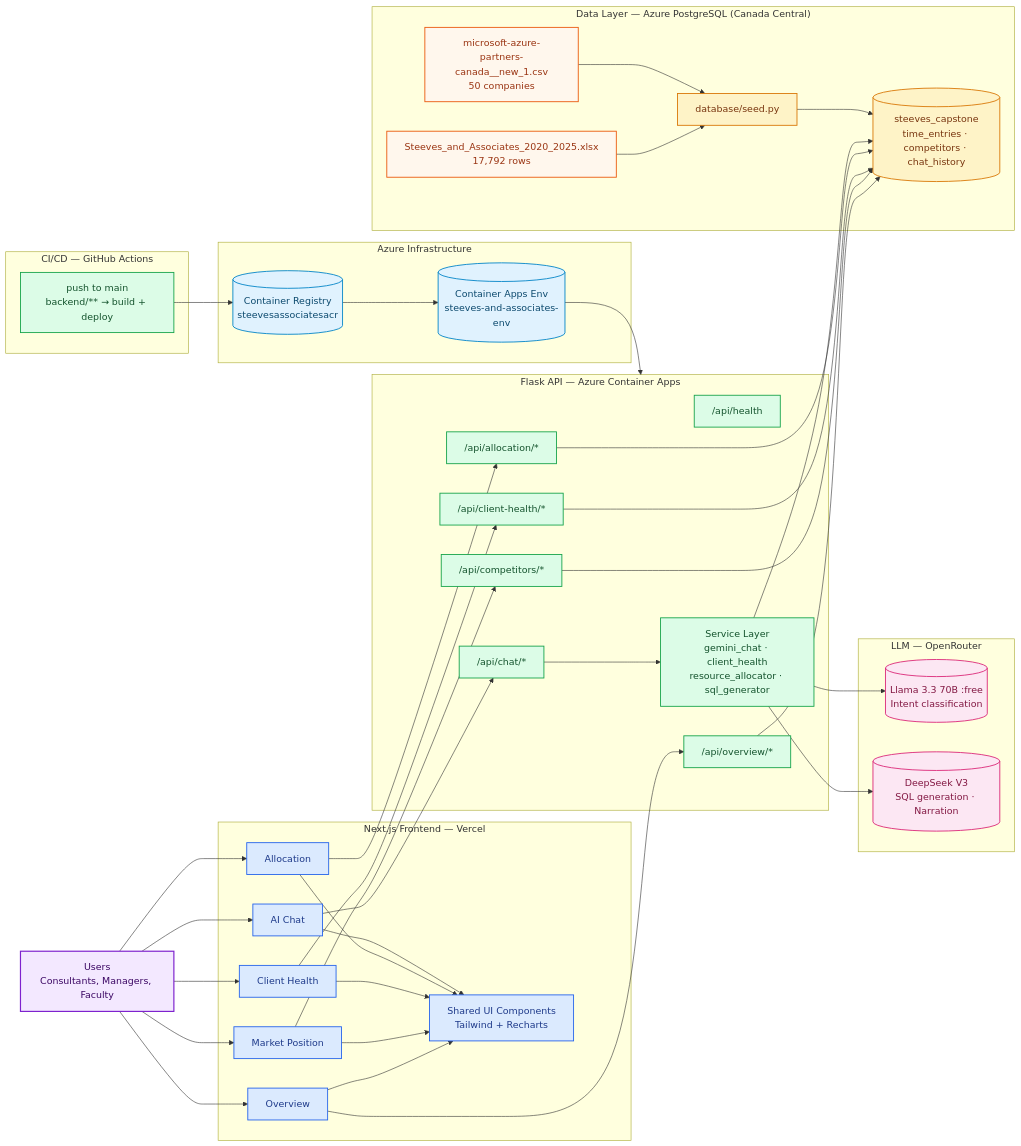
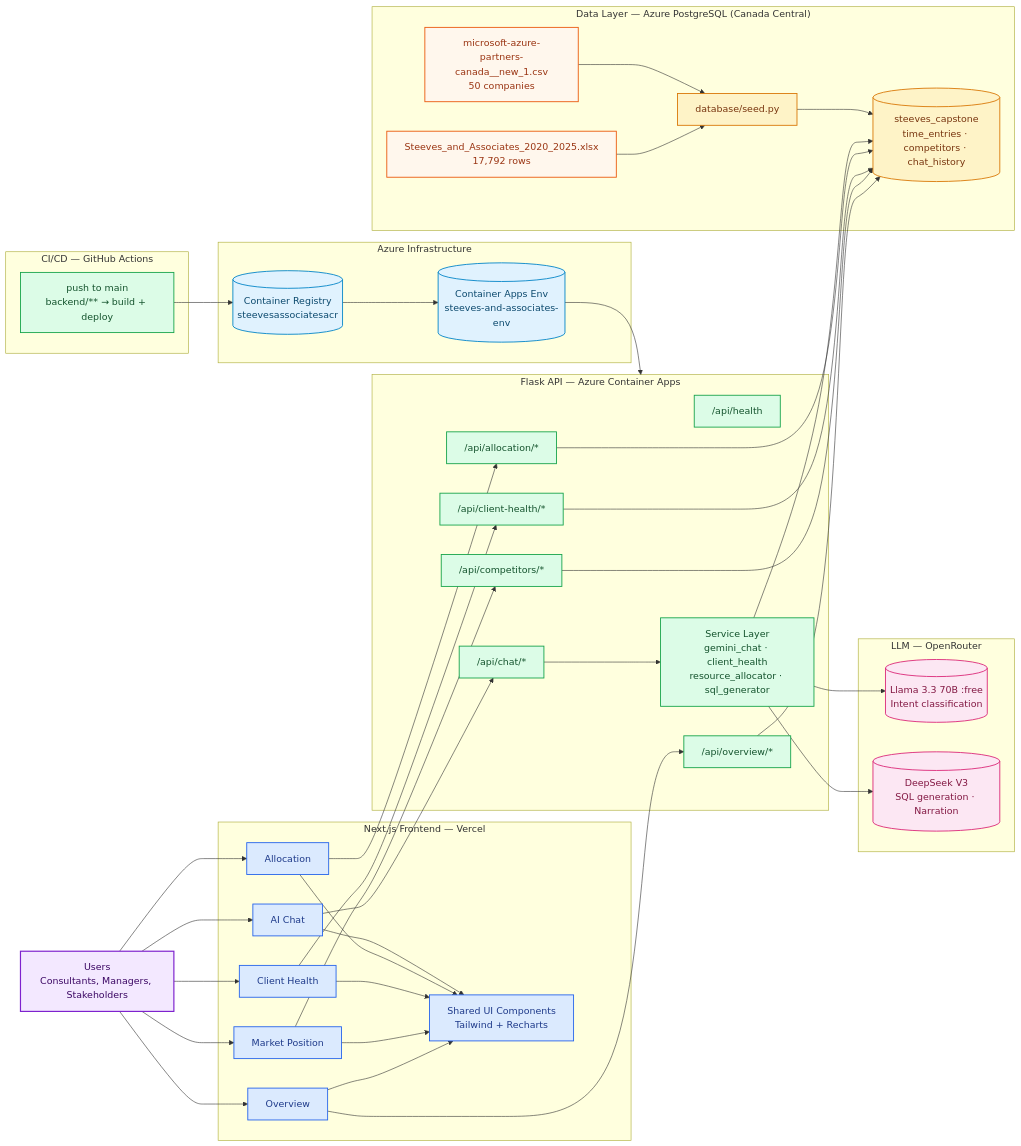
Before and after one commit to lawrence-dass/steeves-and-associates: the diagram in docs/diagrams/01-system-architecture.md, drawn with Mermaid. The commit also changed 11 other files, not shown here.

````diff
--- a/docs/diagrams/01-system-architecture.md
+++ b/docs/diagrams/01-system-architecture.md
@@ -3,74 +3,74 @@
 ```mermaid
 flowchart LR
-  U[Users<br/>Consultants, Managers, Faculty]:::actor
+  U[Users<br/>Consultants, Managers, Stakeholders]:::actor
 
   subgraph FE["Next.js Frontend — Vercel"]
     OV[Overview]:::frontend
     MK[Market Position]:::frontend
     CL[Client Health]:::frontend
     AL[Allocation]:::frontend
     CH[AI Chat]:::frontend
     UI[Shared UI Components<br/>Tailwind + Recharts]:::frontend
   end
 
   subgraph BE["Flask API — Azure Container Apps"]
     HEALTH["/api/health"]:::backend
     OVAPI["/api/overview/*"]:::backend
     CPAPI["/api/competitors/*"]:::backend
     CLAPI["/api/client-health/*"]:::backend
     ALAPI["/api/allocation/*"]:::backend
     CHATAPI["/api/chat/*"]:::backend
     SERV["Service Layer<br/>gemini_chat · client_health<br/>resource_allocator · sql_generator"]:::backend
   end
 
   subgraph DATA["Data Layer — Azure PostgreSQL (Canada Central)"]
     PG[(steeves_capstone<br/>time_entries · competitors · chat_history)]:::database
     SEED[database/seed.py]:::database
     XLSX[Steeves_and_Associates_2020_2025.xlsx<br/>17,792 rows]:::source
     CSV[microsoft-azure-partners-canada__new_1.csv<br/>50 companies]:::source
   end
 
   subgraph AI["LLM — OpenRouter"]
     LLAMA[(Llama 3.3 70B :free<br/>Intent classification)]:::llm
     DEEP[(DeepSeek V3<br/>SQL generation · Narration)]:::llm
   end
 
   subgraph INFRA["Azure Infrastructure"]
     ACR[(Container Registry<br/>steevesassociatesacr)]:::infra
     CAE[(Container Apps Env<br/>steeves-and-associates-env)]:::infra
   end
 
   subgraph CICD["CI/CD — GitHub Actions"]
     GHA[push to main<br/>backend/** → build + deploy]:::cicd
   end
 
   U --> OV & MK & CL & AL & CH
   OV & MK & CL & AL & CH --> UI
 
   OV --> OVAPI
   MK --> CPAPI
   CL --> CLAPI
   AL --> ALAPI
   CH --> CHATAPI
 
   OVAPI & CPAPI & CLAPI & ALAPI --> PG
   CHATAPI --> SERV
   SERV --> PG
   SERV --> LLAMA
   SERV --> DEEP
 
   XLSX --> SEED
   CSV --> SEED
   SEED --> PG
 
   GHA --> ACR --> CAE --> BE
 
   classDef actor fill:#F3E8FF,stroke:#7E22CE,color:#3B0764,stroke-width:2px;
   classDef frontend fill:#DBEAFE,stroke:#2563EB,color:#1E3A8A,stroke-width:1.5px;
   classDef backend fill:#DCFCE7,stroke:#16A34A,color:#14532D,stroke-width:1.5px;
   classDef database fill:#FEF3C7,stroke:#D97706,color:#78350F,stroke-width:1.5px;
   classDef source fill:#FFF7ED,stroke:#EA580C,color:#9A3412,stroke-width:1.5px;
   classDef llm fill:#FCE7F3,stroke:#DB2777,color:#831843,stroke-width:1.5px;
   classDef infra fill:#E0F2FE,stroke:#0284C7,color:#0C4A6E,stroke-width:1.5px;
   classDef cicd fill:#DCFCE7,stroke:#16A34A,color:#14532D,stroke-width:1.5px;
 ```
````
